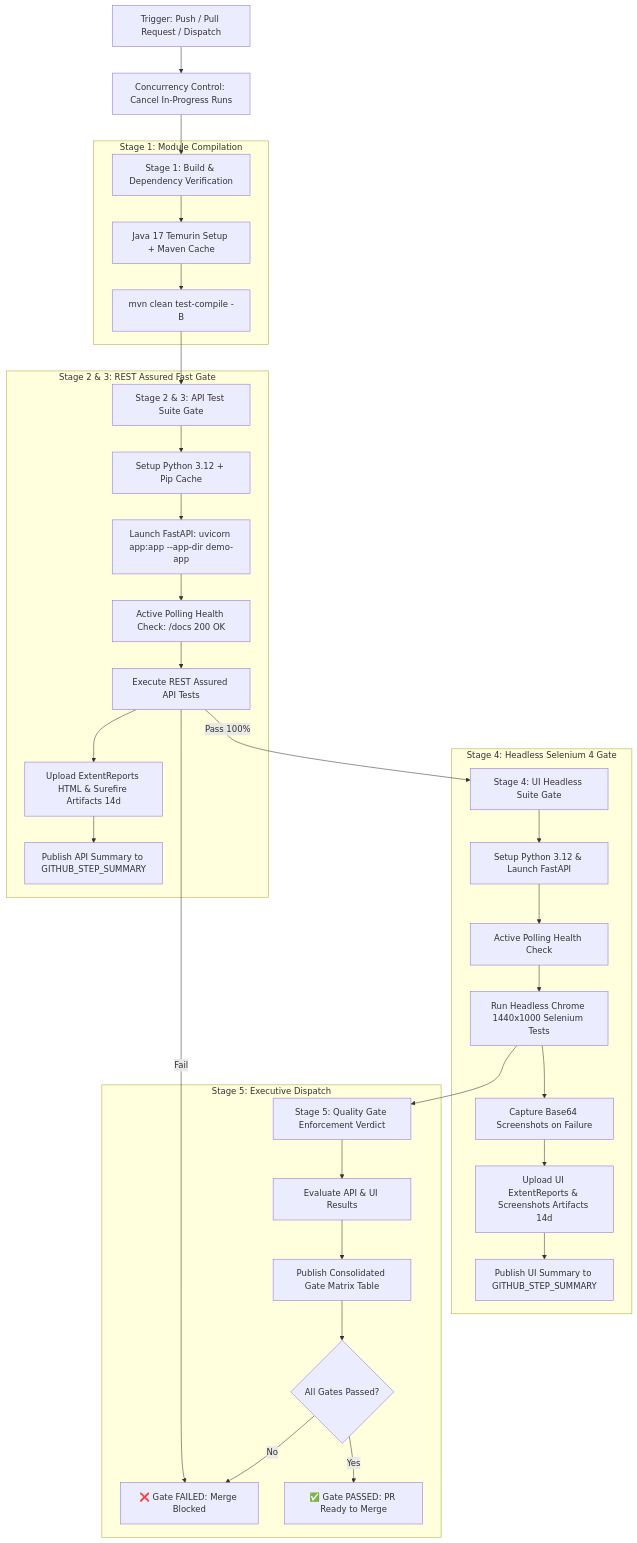
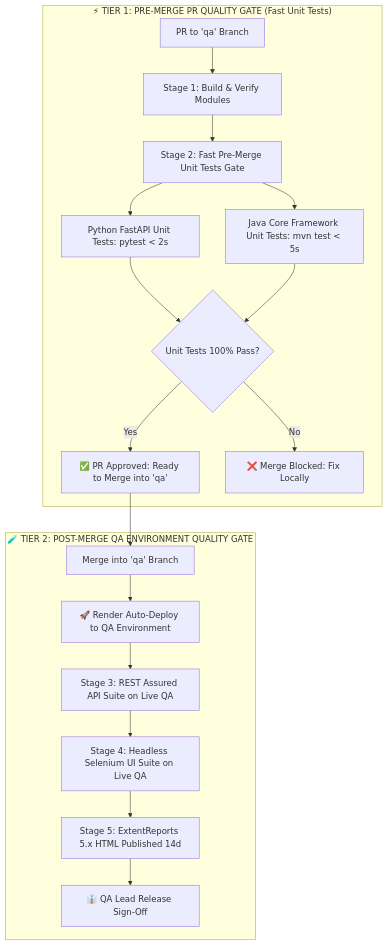
The diagram in CICD_PIPELINE_GUIDE.md (akroyq/enterprise-test-automation-framework), drawn with Mermaid before and after one commit. The commit also changed other lines of this file and 4 other files, not shown here.

Commit message:
feat(ci): introduce fast pre-merge unit testing gate (pytest & core testng) and defer live automation to qa merge

````diff
--- a/CICD_PIPELINE_GUIDE.md
+++ b/CICD_PIPELINE_GUIDE.md
@@ -63,43 +65,21 @@
 ```mermaid
 flowchart TD
-    A[Trigger: Push / Pull Request / Dispatch] --> B[Concurrency Control: Cancel In-Progress Runs]
-    B --> C[Stage 1: Build & Dependency Verification]
-    
-    subgraph S1 [Stage 1: Module Compilation]
-        C --> C1[Java 17 Temurin Setup + Maven Cache]
-        C1 --> C2[mvn clean test-compile -B]
+    subgraph TIER1 ["⚡ TIER 1: PRE-MERGE PR QUALITY GATE (Fast Unit Tests)"]
+        A[PR to 'qa' Branch] --> B[Stage 1: Build & Verify Modules]
+        B --> C[Stage 2: Fast Pre-Merge Unit Tests Gate]
+        C --> C1[Python FastAPI Unit Tests: pytest < 2s]
+        C --> C2[Java Core Framework Unit Tests: mvn test < 5s]
+        C1 & C2 --> D{Unit Tests 100% Pass?}
+        D -->|Yes| E[✅ PR Approved: Ready to Merge into 'qa']
+        D -->|No| F[❌ Merge Blocked: Fix Locally]
     end
 
-    C2 --> D[Stage 2 & 3: API Test Suite Gate]
-
-    subgraph S2 [Stage 2 & 3: REST Assured Fast Gate]
-        D --> D1[Setup Python 3.12 + Pip Cache]
-        D1 --> D2[Launch FastAPI: uvicorn app:app --app-dir demo-app]
-        D2 --> D3[Active Polling Health Check: /docs 200 OK]
-        D3 --> D4[Execute REST Assured API Tests]
-        D4 --> D5[Upload ExtentReports HTML & Surefire Artifacts 14d]
-        D5 --> D6[Publish API Summary to GITHUB_STEP_SUMMARY]
-    end
-
-    D4 -->|Pass 100%| E[Stage 4: UI Headless Suite Gate]
-    D4 -->|Fail| H[❌ Merge Blocked]
-
-    subgraph S3 [Stage 4: Headless Selenium 4 Gate]
-        E --> E1[Setup Python 3.12 & Launch FastAPI]
-        E1 --> E2[Active Polling Health Check]
-        E2 --> E3[Run Headless Chrome 1440x1000 Selenium Tests]
-        E3 --> E4[Capture Base64 Screenshots on Failure]
-        E4 --> E5[Upload UI ExtentReports & Screenshots Artifacts 14d]
-        E5 --> E6[Publish UI Summary to GITHUB_STEP_SUMMARY]
-    end
-
-    E3 --> F[Stage 5: Quality Gate Enforcement Verdict]
-    
-    subgraph S4 [Stage 5: Executive Dispatch]
-        F --> F1[Evaluate API & UI Results]
-        F1 --> F2[Publish Consolidated Gate Matrix Table]
-        F2 --> F3{All Gates Passed?}
-        F3 -->|Yes| G[✅ Gate PASSED: PR Ready to Merge]
-        F3 -->|No| H[❌ Gate FAILED: Merge Blocked]
+    subgraph TIER2 ["🧪 TIER 2: POST-MERGE QA ENVIRONMENT QUALITY GATE"]
+        E --> G[Merge into 'qa' Branch]
+        G --> H[🚀 Render Auto-Deploy to QA Environment]
+        H --> I[Stage 3: REST Assured API Suite on Live QA]
+        I --> J[Stage 4: Headless Selenium UI Suite on Live QA]
+        J --> K[Stage 5: ExtentReports 5.x HTML Published 14d]
+        K --> L[👔 QA Lead Release Sign-Off]
     end
 ```
````
